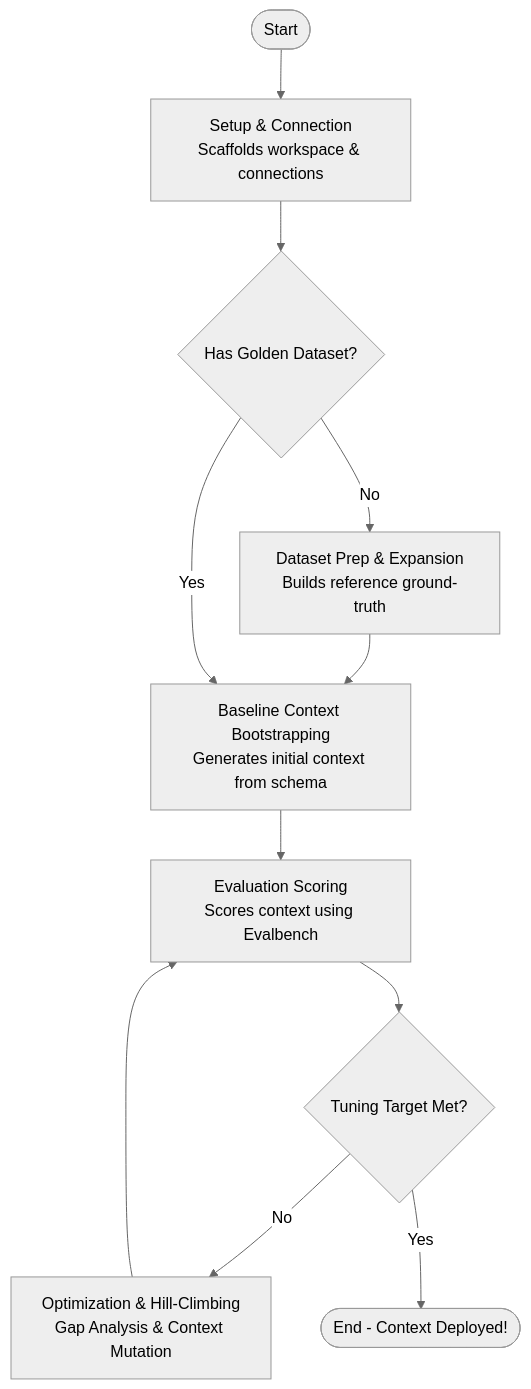
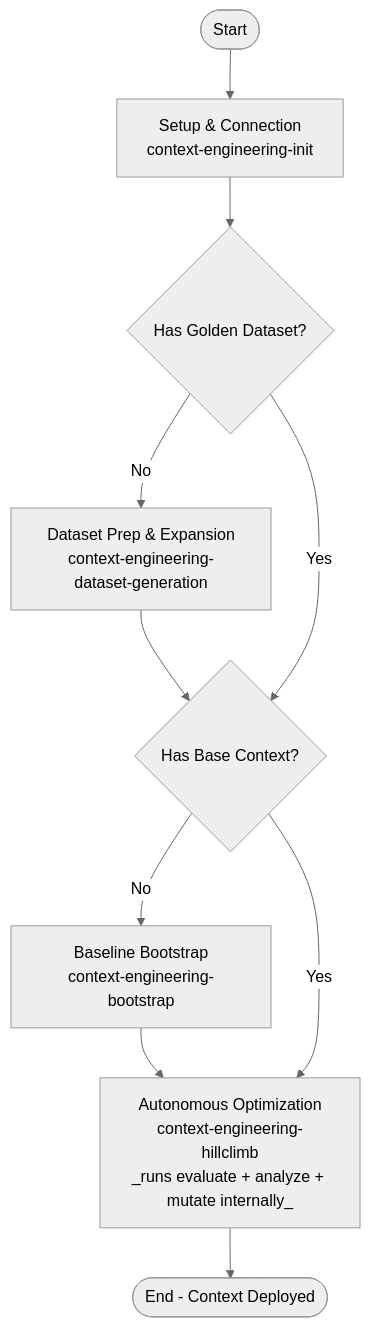
One commit to GoogleCloudPlatform/db-context-enrichment changed the diagram in plugin/skills/context-engineering-workflow/SKILL.md. Above: the diagram before and after it, drawn with Mermaid (neutral theme). The commit also changed other lines of this file and 75 other files, not shown here.

````diff
--- a/plugin/skills/context-engineering-workflow/SKILL.md
+++ b/plugin/skills/context-engineering-workflow/SKILL.md
@@ -18,22 +28,17 @@
 ```mermaid
 flowchart TD
     Start([Start]) --> Setup[Setup & Connection
-Scaffolds workspace & connections]
-    Setup --> Prep{Has Golden Dataset?}
-    
-    Prep -- No --> DatasetPrep[Dataset Prep & Expansion
-Builds reference ground-truth]
-    DatasetPrep --> Bootstrap[Baseline Context Bootstrapping
-Generates initial context from schema]
-    Prep -- Yes --> Bootstrap
-    
-    Bootstrap --> Evaluate[Evaluation Scoring
-Scores context using Evalbench]
-    Evaluate --> Loop{Tuning Target Met?}
-    
-    Loop -- No --> Hillclimb[Optimization & Hill-Climbing
-Gap Analysis & Context Mutation]
-    Hillclimb --> Evaluate
-    
-    Loop -- Yes --> End([End - Context Deployed!])
+context-engineering-init]
+    Setup --> Dataset{Has Golden Dataset?}
+    Dataset -- No --> DatasetPrep[Dataset Prep & Expansion
+context-engineering-dataset-generation]
+    DatasetPrep --> BaseCheck
+    Dataset -- Yes --> BaseCheck{Has Base Context?}
+    BaseCheck -- No --> Bootstrap[Baseline Bootstrap
+context-engineering-bootstrap]
+    Bootstrap --> Optimize
+    BaseCheck -- Yes --> Optimize[Autonomous Optimization
+context-engineering-hillclimb
+_runs evaluate + analyze + mutate internally_]
+    Optimize --> End([End - Context Deployed])
 ```
````
